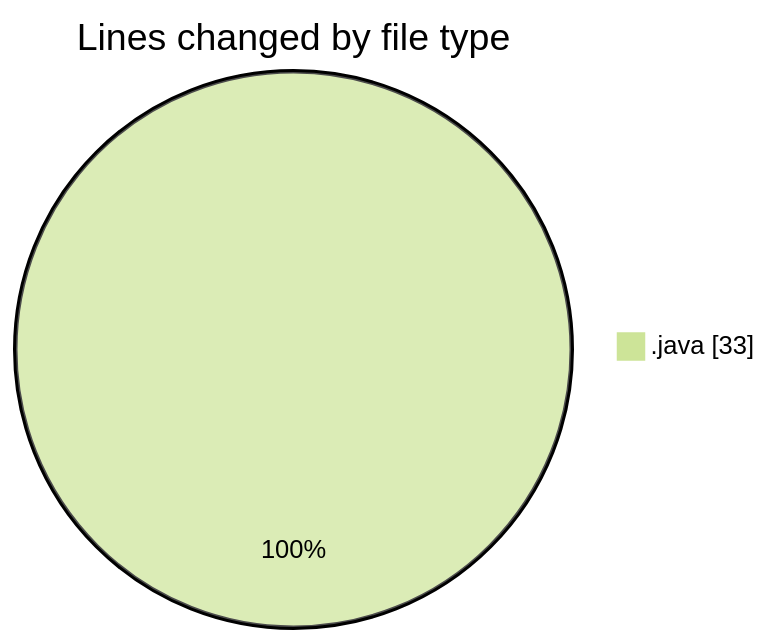
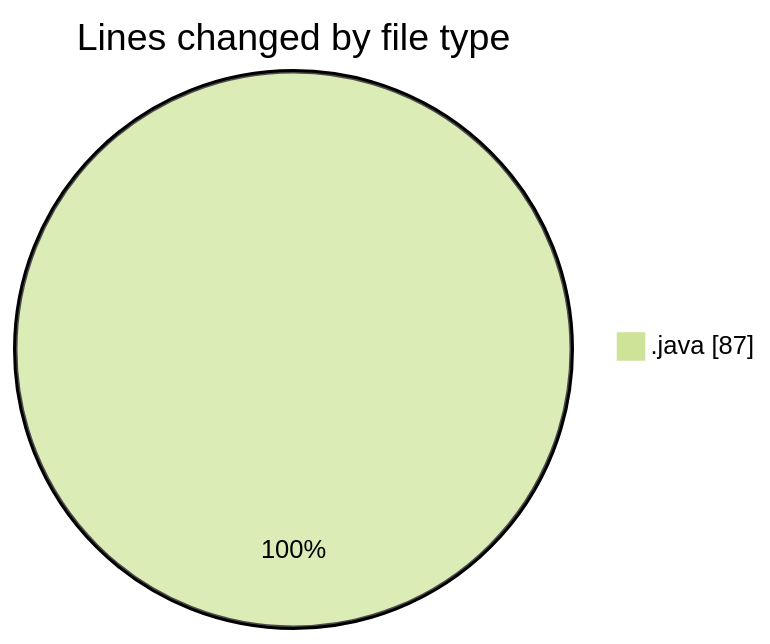
Before and after one commit to NitaiMahat/code-tracking: the first of 2 diagrams in 2025-02-10/classwork/README.md, drawn with Mermaid (forest theme). The commit also changed other lines of this file and 1 other file, not shown here.

````diff
--- a/2025-02-10/classwork/README.md
+++ b/2025-02-10/classwork/README.md
@@ -21,5 +23,5 @@
 ```mermaid
 pie showData
 title Lines changed by file type
-".java" : 33
+".java" : 87
 ```
````
